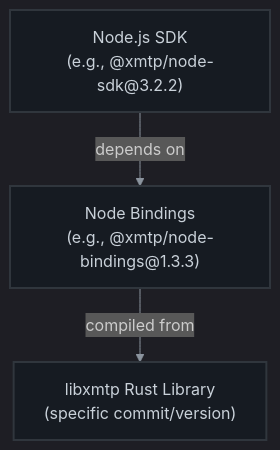
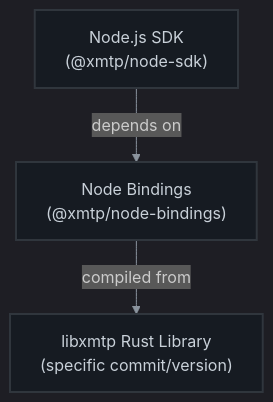
The diagram in docs/version-management.md (xmtp/xmtp-qa-tools), drawn with Mermaid before and after one commit. The commit also changed other lines of this file, not shown here.

Commit message:
Update SDK version management for clarity and consistency

````diff
--- a/docs/version-management.md
+++ b/docs/version-management.md
@@ -7,13 +7,13 @@
 ```mermaid
 %%{init: {'theme': 'dark', 'themeVariables': { 'primaryColor': '#0D1117', 'primaryTextColor': '#c9d1d9', 'primaryBorderColor': '#30363d', 'lineColor': '#8b949e', 'secondaryColor': '#161b22', 'tertiaryColor': '#161b22' }}}%%
 
 flowchart TD
-  nodeSDK["Node.js SDK<br/>(e.g., @xmtp/node-sdk@3.2.2)"]
-  nodeBindings["Node Bindings<br/>(e.g., @xmtp/node-bindings@1.3.3)"]
+  nodeSDK["Node.js SDK<br/>(@xmtp/node-sdk)"]
+  nodeBindings["Node Bindings<br/>(@xmtp/node-bindings)"]
   libxmtp["libxmtp Rust Library<br/>(specific commit/version)"]
 
   nodeSDK --> |depends on| nodeBindings
   nodeBindings --> |compiled from| libxmtp
 
   classDef default fill:#161b22,stroke:#30363d,stroke-width:2px,color:#c9d1d9;
 ```
````
